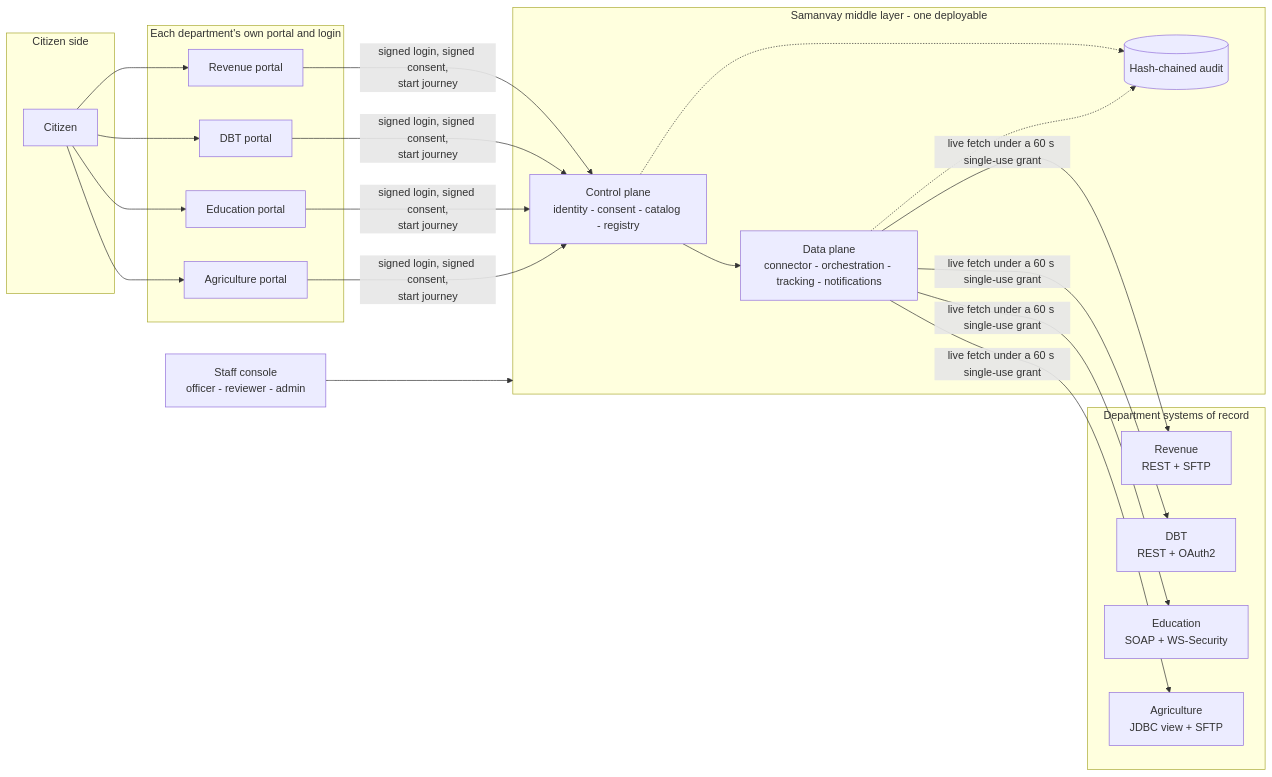
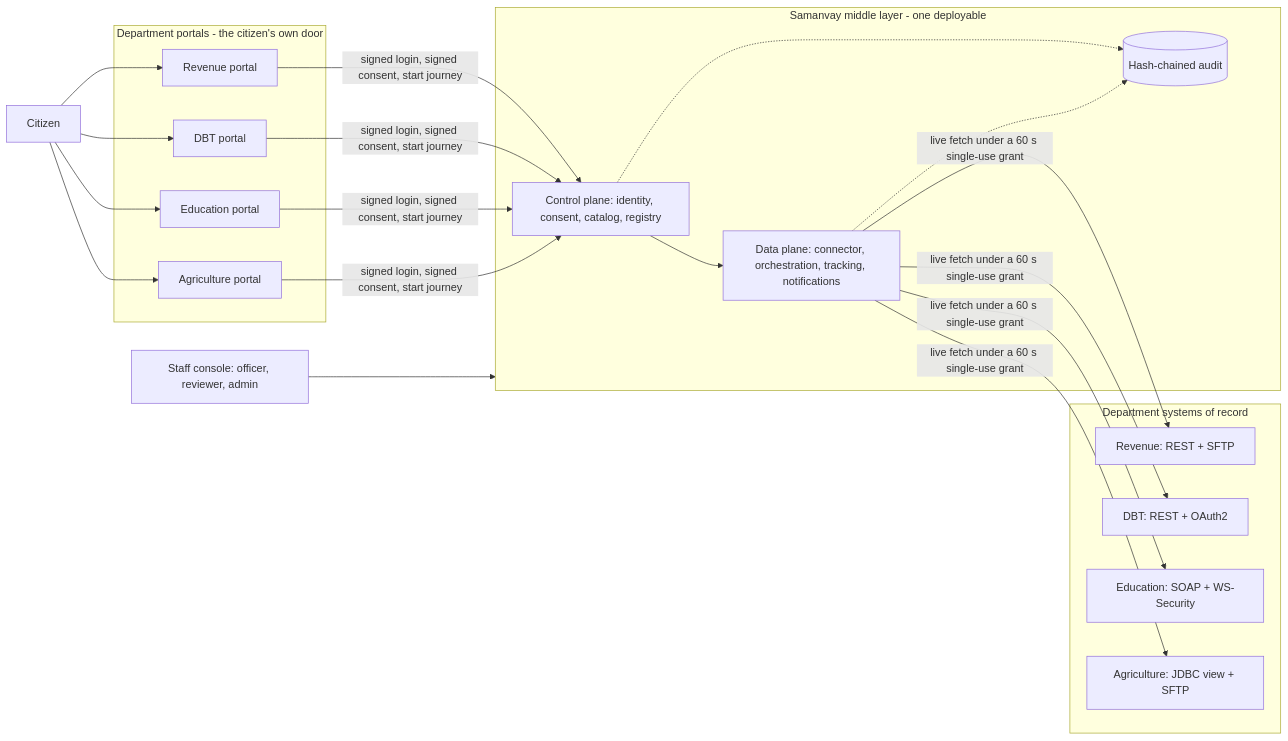
Before and after one commit to himanshu2394i/samanvay: the first of 6 diagrams in README.md, drawn with Mermaid. The commit also changed other lines of this file, not shown here.

Commit message:
README: focus on department portal assumptions, protocol security, citizen linking, onboarding, journeys dashboard and edges handled

````diff
--- a/README.md
+++ b/README.md
@@ -95,31 +93,29 @@
 ```mermaid
 flowchart LR
-  subgraph Citizen side
-    C[Citizen]
-  end
-  subgraph Departments[Department systems of record]
-    R[Revenue<br/>REST + SFTP]
-    D[DBT<br/>REST + OAuth2]
-    E[Education<br/>SOAP + WS-Security]
-    A[Agriculture<br/>JDBC view + SFTP]
-  end
-  subgraph Portals[Each department's own portal and login]
+  C[Citizen]
+  subgraph Portals[Department portals - the citizen's own door]
     RP[Revenue portal]
     DP[DBT portal]
     EP[Education portal]
     AP[Agriculture portal]
   end
   subgraph Samanvay[Samanvay middle layer - one deployable]
-    CP[Control plane<br/>identity - consent - catalog - registry]
-    DPL[Data plane<br/>connector - orchestration - tracking - notifications]
+    CP[Control plane: identity, consent, catalog, registry]
+    DPL[Data plane: connector, orchestration, tracking, notifications]
     AU[(Hash-chained audit)]
   end
-  S[Staff console<br/>officer - reviewer - admin]
+  subgraph Sources[Department systems of record]
+    R[Revenue: REST + SFTP]
+    D[DBT: REST + OAuth2]
+    E[Education: SOAP + WS-Security]
+    A[Agriculture: JDBC view + SFTP]
+  end
+  S[Staff console: officer, reviewer, admin]
   C --> RP & DP & EP & AP
-  RP & DP & EP & AP -->|signed login, signed consent,<br/>start journey| CP
+  RP & DP & EP & AP -->|"signed login, signed consent, start journey"| CP
   CP --> DPL
-  DPL -->|live fetch under a 60 s single-use grant| R & D & E & A
+  DPL -->|"live fetch under a 60 s single-use grant"| R & D & E & A
   CP -.-> AU
   DPL -.-> AU
   S --> Samanvay
 ```
````
